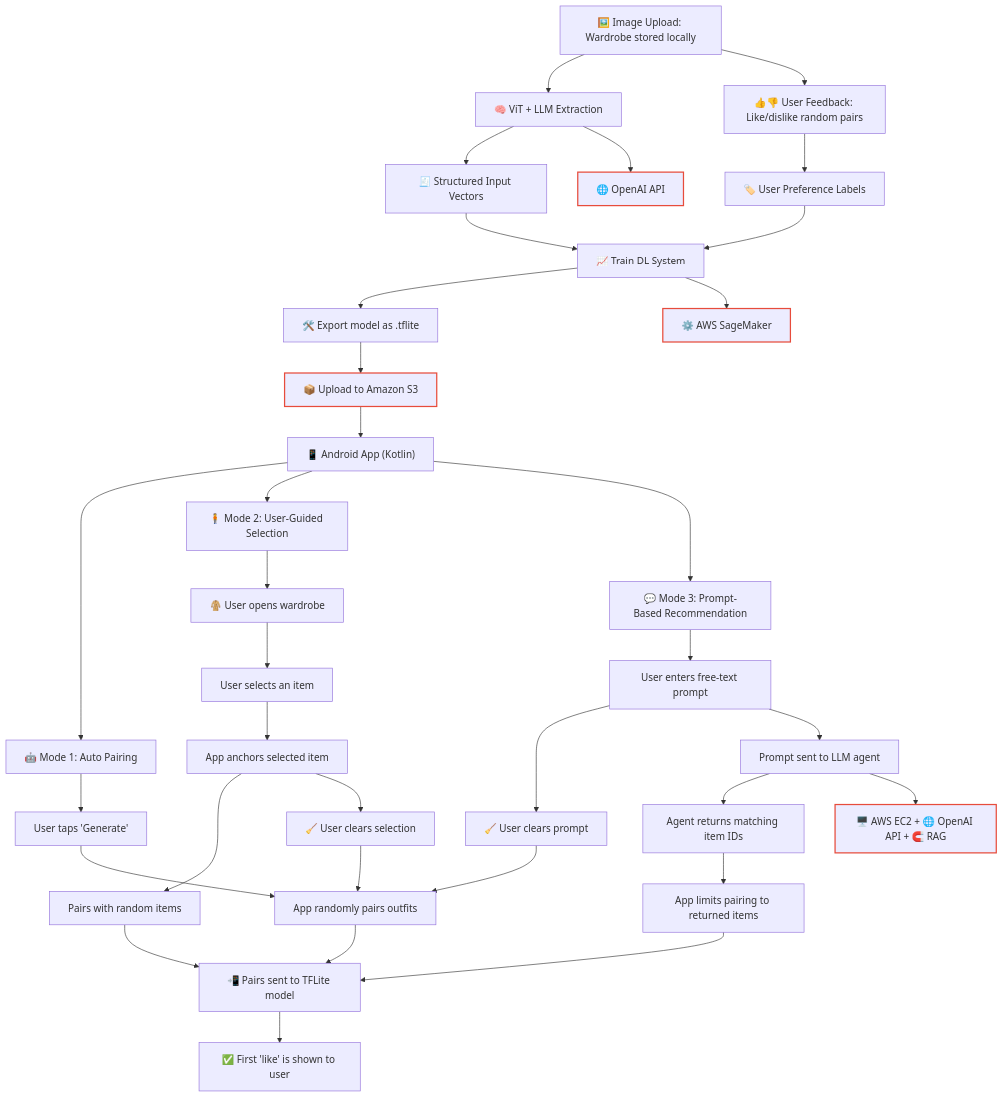
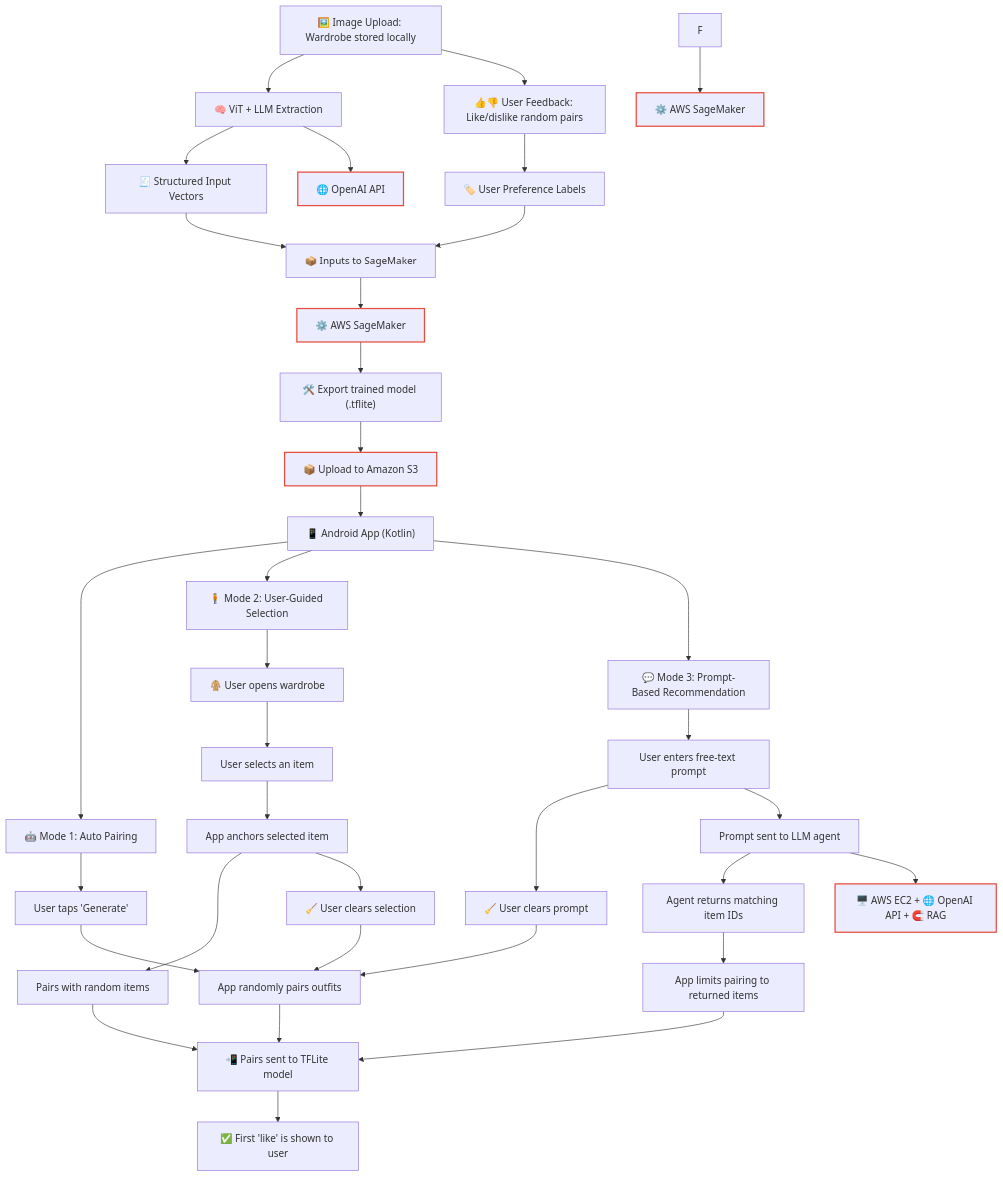
One commit to DressMe-AI/awesome-dressmeai changed the diagram in README.md. Above: the diagram before and after it, drawn with Mermaid.

````diff
--- a/README.md
+++ b/README.md
@@ -44,55 +44,58 @@
 ```mermaid
 flowchart TD
     %% Core pipeline
     A["🖼️ Image Upload: Wardrobe stored locally"] --> B
     A --> C
     B["🧠 ViT + LLM Extraction"] --> D
     C["👍👎 User Feedback: Like/dislike random pairs"] --> E
-    D["🧾 Structured Input Vectors"] --> F
-    E["🏷️ User Preference Labels"] --> F
-    F["📈 Train DL System"] --> G
-    G["🛠️ Export model as .tflite"] --> S3_upload
-    S3_upload["📦 Upload to Amazon S3"]:::external --> H_app
+    D["🧾 Structured Input Vectors"] --> train_input
+    E["🏷️ User Preference Labels"] --> train_input
+    train_input["📦 Inputs to SageMaker"] --> sagemaker["⚙️ AWS SageMaker"]:::external
+    sagemaker --> tflite_export["🛠️ Export trained model (.tflite)"]
+    tflite_export --> S3_upload["📦 Upload to Amazon S3"]:::external
+    S3_upload --> H_app["📱 Android App (Kotlin)"]
     H_app["📱 Android App (Kotlin)"] --> I1_start
     H_app --> I2_start
     H_app --> I3_start
 
     %% Mode 1
     I1_start["🤖 Mode 1: Auto Pairing"] --> I1_a["User taps 'Generate'"]
     I1_a --> I1_b["App randomly pairs outfits"]
     I1_b --> I_common
 
     %% Mode 2
     I2_start["🧍 Mode 2: User-Guided Selection"] --> I2_a["🧥 User opens wardrobe"]
     I2_a --> I2_access["User selects an item"]
     I2_access --> I2_b["App anchors selected item"]
     I2_b --> I2_c["Pairs with random items"]
     I2_b --> I2_fallback["🧹 User clears selection"]
     I2_fallback --> I1_b
     I2_c --> I_common
 
     %% Mode 3
     I3_start["💬 Mode 3: Prompt-Based Recommendation"] --> I3_a["User enters free-text prompt"]
     I3_a --> I3_fallback["🧹 User clears prompt"]
     I3_fallback --> I1_b
     I3_a --> I3_b["Prompt sent to LLM agent"]
     I3_b --> I3_c["Agent returns matching item IDs"]
     I3_c --> I3_d["App limits pairing to returned items"]
     I3_d --> I_common
 
     %% Shared DL inference
     I_common["📲 Pairs sent to TFLite model"] --> I_final["✅ First 'like' is shown to user"]
 
     %% External systems as side nodes
     ext_openai["🌐 OpenAI API"]:::external
     ext_ec2["🖥️ AWS EC2 + 🌐 OpenAI API + 🧲 RAG"]:::external
     ext_sagemaker["⚙️ AWS SageMaker"]:::external
 
     %% Arrows to external systems
     B --> ext_openai
     I3_b --> ext_ec2
     F --> ext_sagemaker
 
     %% Styling for external nodes
     classDef external stroke:#e74c3c,stroke-width:2px;
+    class S3_upload,sagemaker external;
+
 ```
````
